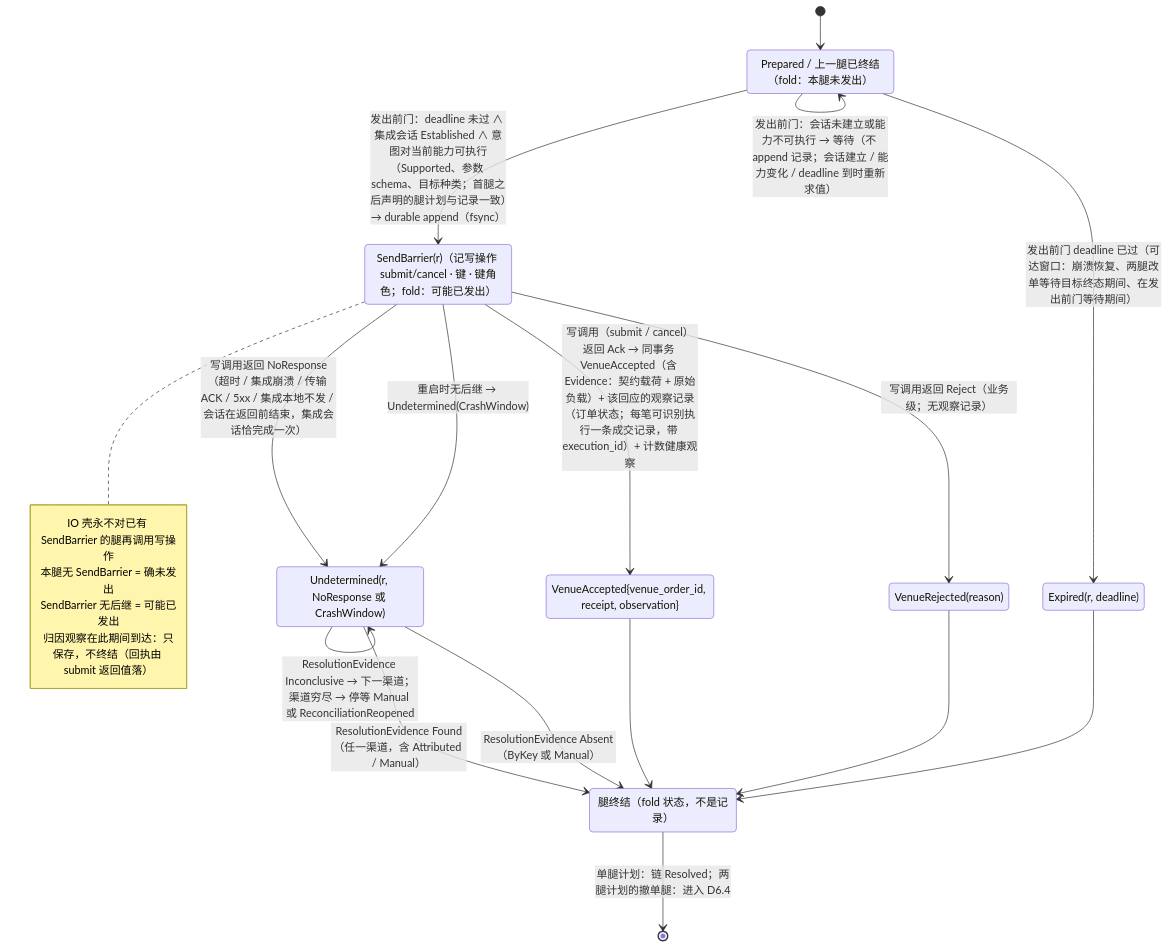
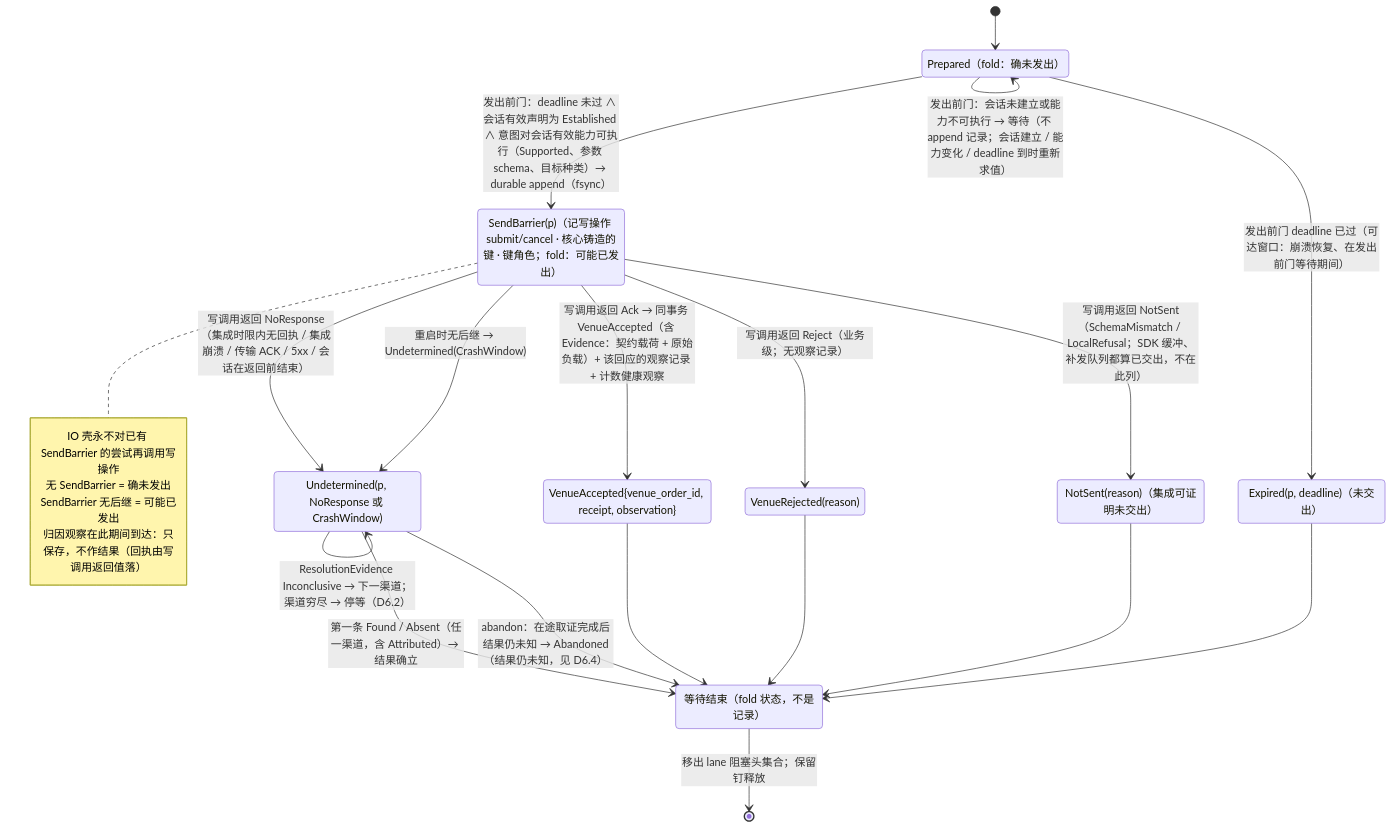
Before and after one commit to mouriya-s-lab/uta: the first of 7 diagrams in design/diagrams/06-io-shell-attempt.md, drawn with Mermaid. The commit also changed other lines of this file and 12 other files, not shown here.

Commit message:
design: write redraw — single-write attempts (atomic Replace or Unsupported), abandon replaces resolve, NotSent, capability-not-established wait, core-minted keys, RuleState as fold, integration-judged key windows, no core call timeout

````diff
--- a/design/diagrams/06-io-shell-attempt.md
+++ b/design/diagrams/06-io-shell-attempt.md
@@ -11,31 +11,34 @@
 ```mermaid
 stateDiagram-v2
-  state "Prepared / 上一腿已终结（fold：本腿未发出）" as P
-  state "SendBarrier(r)（记写操作 submit/cancel · 键 · 键角色；fold：可能已发出）" as SB
+  state "Prepared（fold：确未发出）" as P
+  state "SendBarrier(p)（记写操作 submit/cancel · 核心铸造的键 · 键角色；fold：可能已发出）" as SB
   state "VenueAccepted{venue_order_id, receipt, observation}" as VA
   state "VenueRejected(reason)" as VR
-  state "Undetermined(r, NoResponse 或 CrashWindow)" as UD
-  state "Expired(r, deadline)" as EX
-  state "腿终结（fold 状态，不是记录）" as RS
+  state "NotSent(reason)（集成可证明未交出）" as NS
+  state "Undetermined(p, NoResponse 或 CrashWindow)" as UD
+  state "Expired(p, deadline)（未交出）" as EX
+  state "等待结束（fold 状态，不是记录）" as FIN
   [*] --> P
-  P --> SB : 发出前门：deadline 未过 ∧ 集成会话 Established ∧ 意图对当前能力可执行（Supported、参数 schema、目标种类；首腿之后声明的腿计划与记录一致）→ durable append（fsync）
+  P --> SB : 发出前门：deadline 未过 ∧ 会话有效声明为 Established ∧ 意图对会话有效能力可执行（Supported、参数 schema、目标种类）→ durable append（fsync）
   P --> P : 发出前门：会话未建立或能力不可执行 → 等待（不 append 记录；会话建立 / 能力变化 / deadline 到时重新求值）
-  P --> EX : 发出前门 deadline 已过（可达窗口：崩溃恢复、两腿改单等待目标终态期间、在发出前门等待期间）
-  SB --> VA : 写调用（submit / cancel）返回 Ack → 同事务 VenueAccepted（含 Evidence：契约载荷 + 原始负载）+ 该回应的观察记录（订单状态；每笔可识别执行一条成交记录，带 execution_id）+ 计数健康观察
+  P --> EX : 发出前门 deadline 已过（可达窗口：崩溃恢复、在发出前门等待期间）
+  SB --> VA : 写调用返回 Ack → 同事务 VenueAccepted（含 Evidence：契约载荷 + 原始负载）+ 该回应的观察记录 + 计数健康观察
   SB --> VR : 写调用返回 Reject（业务级；无观察记录）
-  SB --> UD : 写调用返回 NoResponse（超时 / 集成崩溃 / 传输 ACK / 5xx / 集成本地不发 / 会话在返回前结束，集成会话恰完成一次）
+  SB --> NS : 写调用返回 NotSent（SchemaMismatch / LocalRefusal；SDK 缓冲、补发队列都算已交出，不在此列）
+  SB --> UD : 写调用返回 NoResponse（集成时限内无回执 / 集成崩溃 / 传输 ACK / 5xx / 会话在返回前结束）
   SB --> UD : 重启时无后继 → Undetermined(CrashWindow)
-  UD --> UD : ResolutionEvidence Inconclusive → 下一渠道；渠道穷尽 → 停等 Manual 或 ReconciliationReopened
-  UD --> RS : ResolutionEvidence Found（任一渠道，含 Attributed / Manual）
-  UD --> RS : ResolutionEvidence Absent（ByKey 或 Manual）
-  VA --> RS
-  VR --> RS
-  EX --> RS
-  RS --> [*] : 单腿计划：链 Resolved；两腿计划的撤单腿：进入 D6.4
+  UD --> UD : ResolutionEvidence Inconclusive → 下一渠道；渠道穷尽 → 停等（D6.2）
+  UD --> FIN : 第一条 Found / Absent（任一渠道，含 Attributed）→ 结果确立
+  UD --> FIN : abandon：在途取证完成后结果仍未知 → Abandoned（结果仍未知，见 D6.4）
+  VA --> FIN
+  VR --> FIN
+  NS --> FIN
+  EX --> FIN
+  FIN --> [*] : 移出 lane 阻塞头集合；保留钉释放
   note right of SB
-    IO 壳永不对已有 SendBarrier 的腿再调用写操作
-    本腿无 SendBarrier = 确未发出
+    IO 壳永不对已有 SendBarrier 的尝试再调用写操作
+    无 SendBarrier = 确未发出
     SendBarrier 无后继 = 可能已发出
-    归因观察在此期间到达：只保存，不终结（回执由 submit 返回值落）
+    归因观察在此期间到达：只保存，不作结果（回执由写调用返回值落）
   end note
 ```
````
